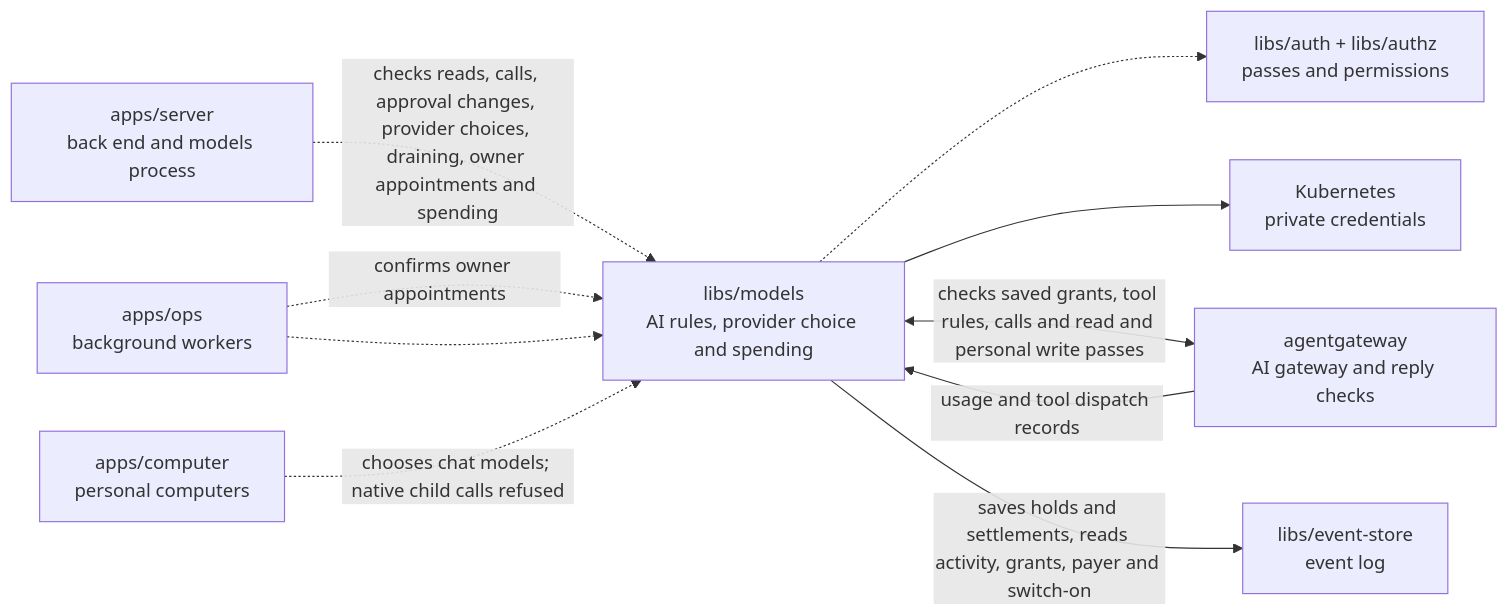
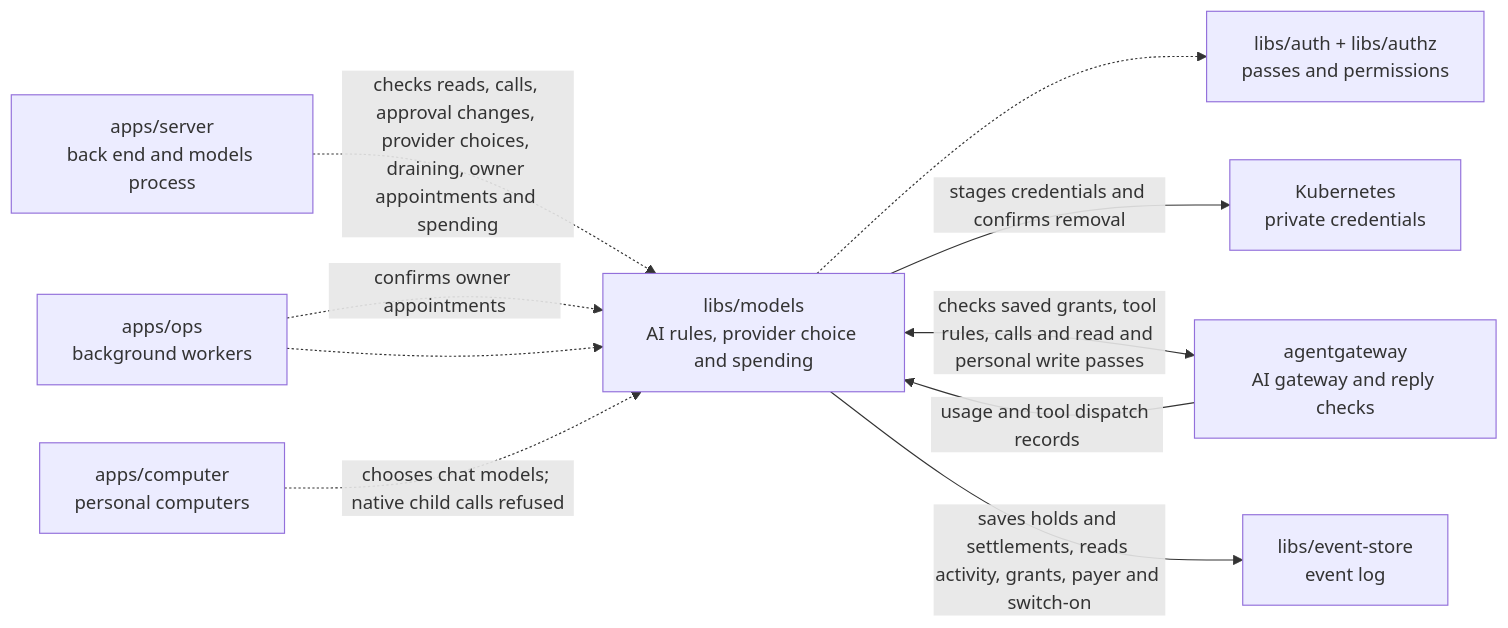
Before and after one commit to elewa-git/opencrane-new: the diagram in libs/models/README.md, drawn with Mermaid. The commit also changed other lines of this file and 4 other files, not shown here.

````diff
--- a/libs/models/README.md
+++ b/libs/models/README.md
@@ -14,12 +14,12 @@
 ```mermaid
 flowchart LR
   server["apps/server<br/>back end and models process"] -.->|checks reads, calls, approval changes, provider choices, draining, owner appointments and spending| models["libs/models<br/>AI rules, provider choice and spending"]
   ops["apps/ops<br/>background workers"] -.->|confirms owner appointments| models
   ops["apps/ops<br/>background workers"] -.-> models
   computer["apps/computer<br/>personal computers"] -.->|chooses chat models; native child calls refused| models
   models -.-> auth["libs/auth + libs/authz<br/>passes and permissions"]
-  models --> custody["Kubernetes<br/>private credentials"]
+  models -->|stages credentials and confirms removal| custody["Kubernetes<br/>private credentials"]
   models <-->|checks saved grants, tool rules, calls and read and personal write passes| gateway["agentgateway<br/>AI gateway and reply checks"]
   gateway -->|usage and tool dispatch records| models
   models -->|saves holds and settlements, reads activity, grants, payer and switch-on| store["libs/event-store<br/>event log"]
 ```
````
